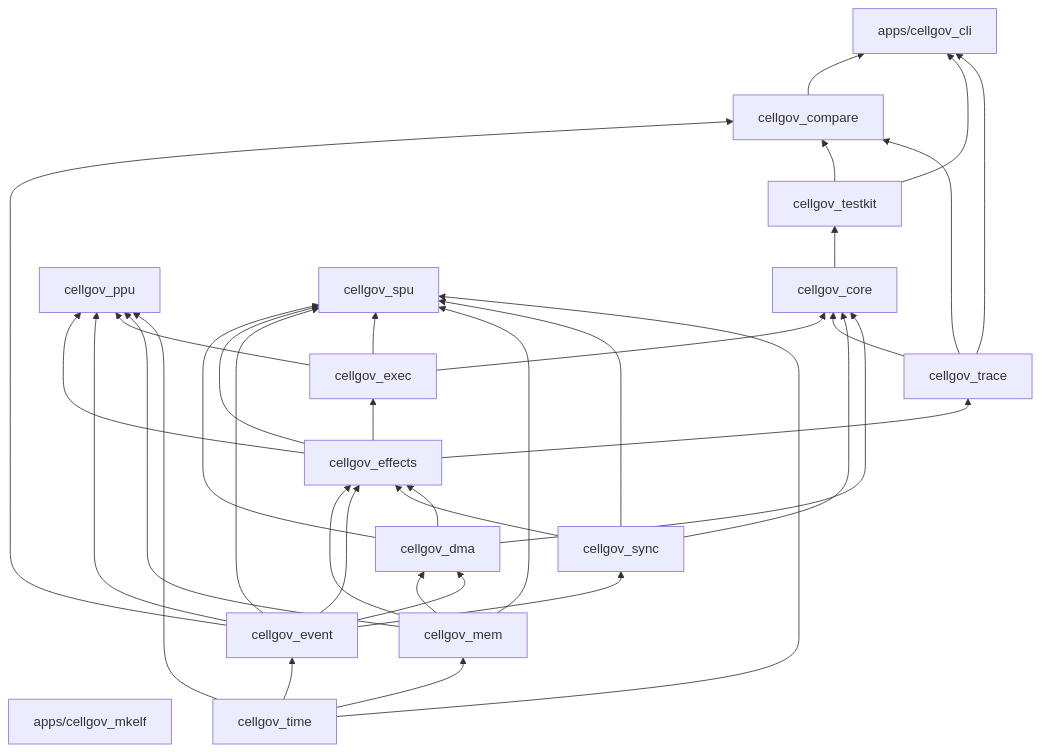
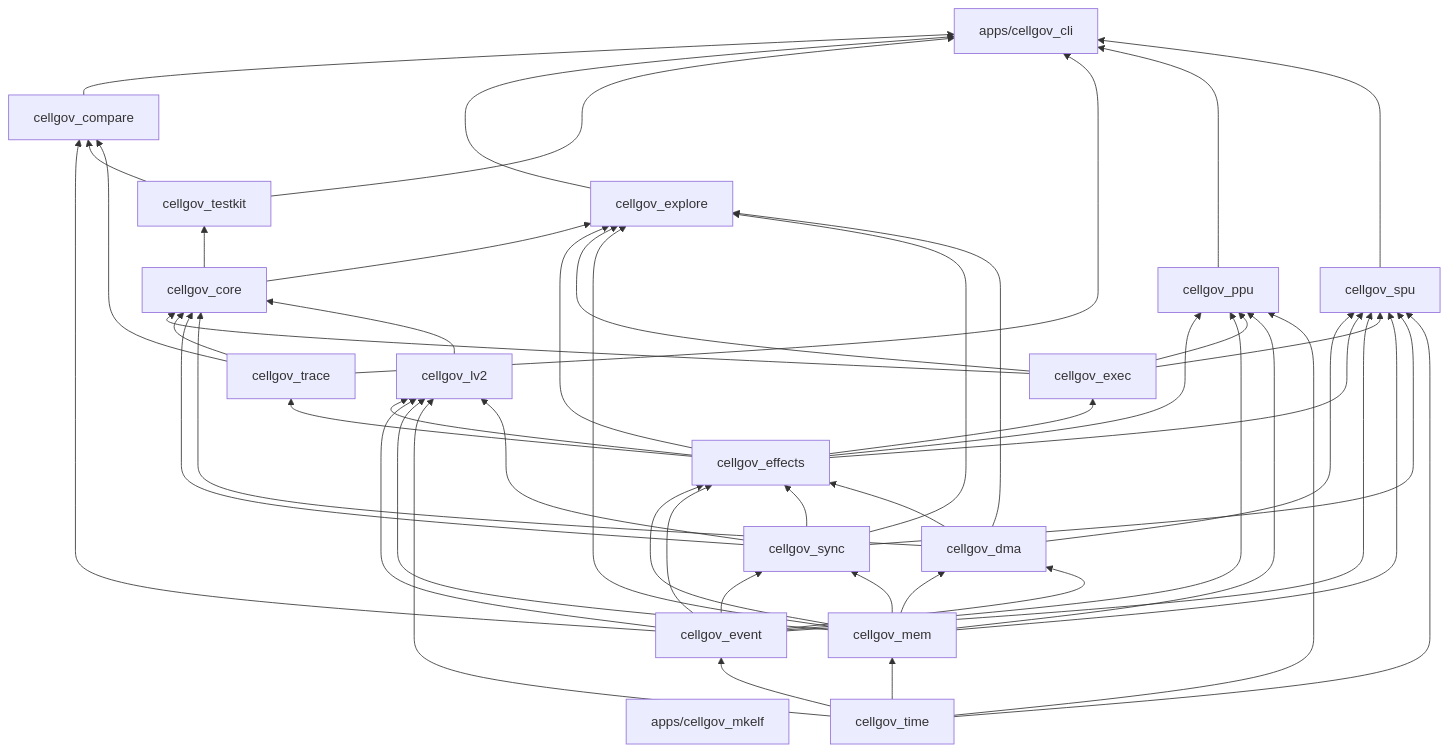
One commit to RoyalAce22/CellGov changed the diagram in docs/architecture.md. Above: the diagram before and after it, drawn with Mermaid. The commit also changed other lines of this file and 34 other files, not shown here.

````diff
--- a/docs/architecture.md
+++ b/docs/architecture.md
@@ -57,62 +90,82 @@
 ```mermaid
 graph BT
   cli["apps/cellgov_cli"]
   mkelf["apps/cellgov_mkelf"]
+  explore[cellgov_explore]
   compare[cellgov_compare]
   testkit[cellgov_testkit]
   core[cellgov_core]
+  lv2[cellgov_lv2]
   ppu[cellgov_ppu]
   spu[cellgov_spu]
   exec[cellgov_exec]
   trace[cellgov_trace]
   sync[cellgov_sync]
   dma[cellgov_dma]
   effects[cellgov_effects]
   mem[cellgov_mem]
   event[cellgov_event]
   time[cellgov_time]
 
   time --> mem
   time --> event
 
   event --> sync
+  mem --> sync
   mem --> dma
   event --> dma
 
   mem --> effects
   event --> effects
   sync --> effects
   dma --> effects
 
   effects --> exec
   effects --> trace
 
+  effects --> lv2
+  event --> lv2
+  mem --> lv2
+  time --> lv2
+  sync --> lv2
+
   exec --> core
   trace --> core
   sync --> core
   dma --> core
+  lv2 --> core
 
   core --> testkit
+
+  core --> explore
+  effects --> explore
+  exec --> explore
+  mem --> explore
+  sync --> explore
+  dma --> explore
 
   event --> compare
   testkit --> compare
   trace --> compare
 
   effects --> ppu
   event --> ppu
   exec --> ppu
   mem --> ppu
   time --> ppu
 
   dma --> spu
   effects --> spu
   event --> spu
   exec --> spu
   mem --> spu
   sync --> spu
   time --> spu
 
   compare --> cli
+  explore --> cli
   testkit --> cli
   trace --> cli
+  ppu --> cli
+  spu --> cli
 ```
````
